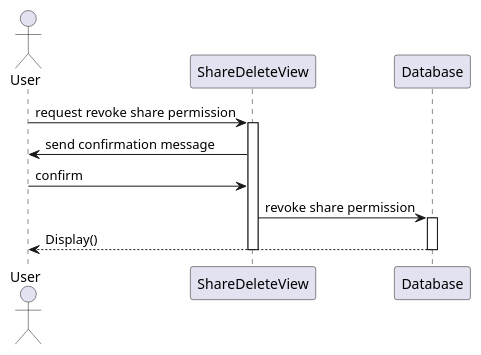
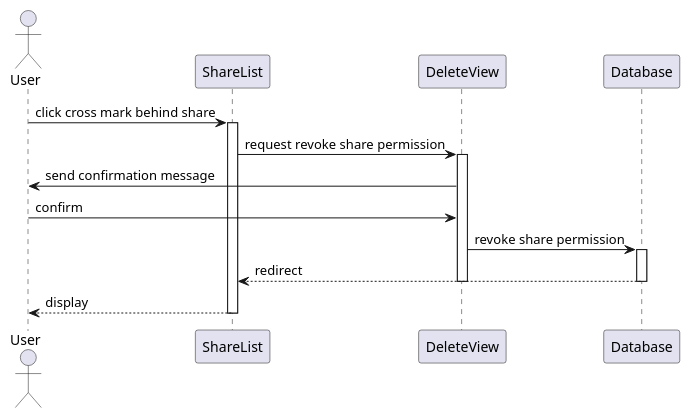
Before and after one commit to Kritsanawipankhet/CE64-41: the diagram in sequence-diagram/web-client/sharedelete.wsd, drawn with PlantUML.

Commit message:
Update sharedelete.wsd (#27)

```diff
--- a/sequence-diagram/web-client/sharedelete.wsd
+++ b/sequence-diagram/web-client/sharedelete.wsd
@@ -1,12 +1,16 @@
 @startuml
 Actor User
-User -> ShareDeleteView : request revoke share permission
-activate ShareDeleteView
-ShareDeleteView -> User : send confirmation message
-User -> ShareDeleteView : confirm
-ShareDeleteView -> Database : revoke share permission
+User -> ShareList : click cross mark behind share
+activate ShareList
+ShareList -> DeleteView : request revoke share permission
+activate DeleteView
+DeleteView -> User : send confirmation message
+User -> DeleteView : confirm
+DeleteView -> Database : revoke share permission
 activate Database
-Database --> User : Display()
+Database --> ShareList : redirect
 deactivate Database
-deactivate ShareDeleteView
+deactivate DeleteView
+ShareList --> User : display
+deactivate ShareList
 @enduml
```
